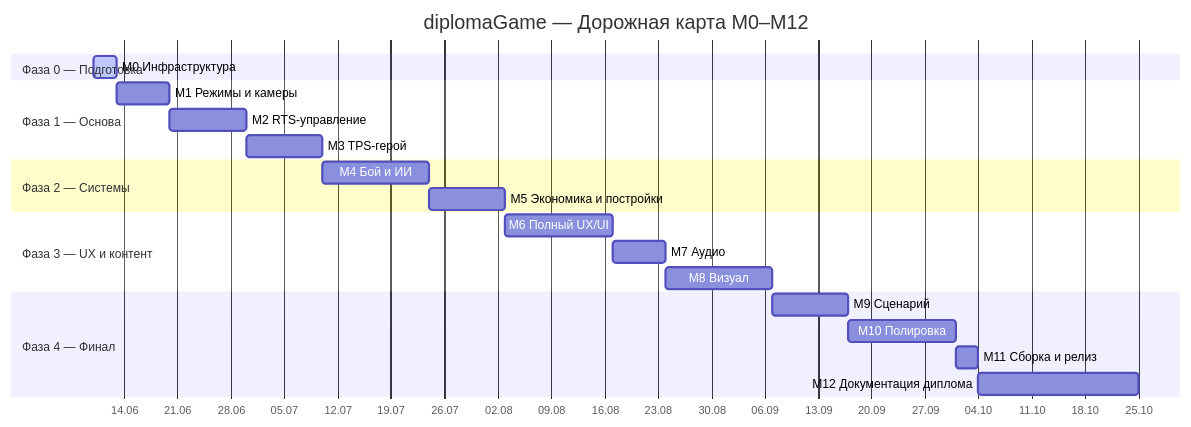
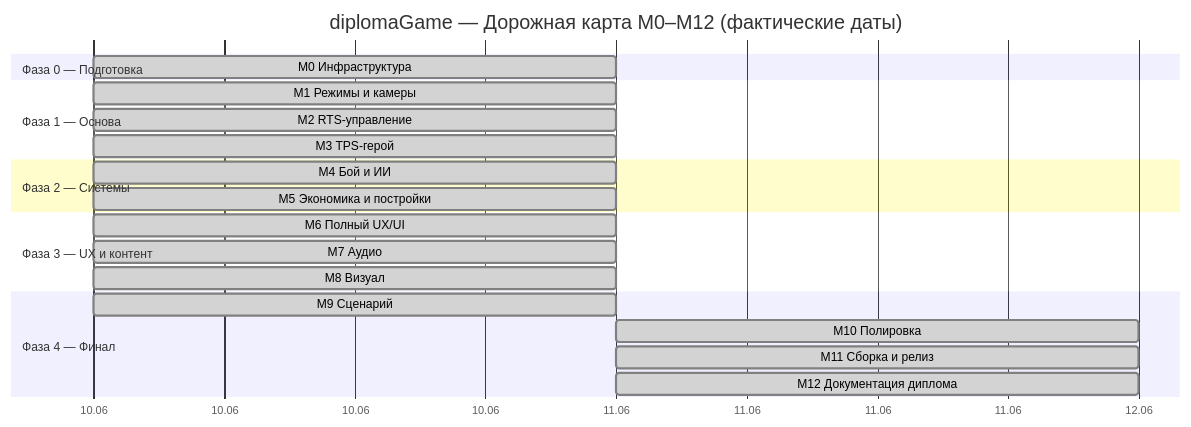
Before and after one commit to arcsymer/diplomaGame: the diagram in Docs-Vault/03 - Roadmap.md, drawn with Mermaid. The commit also changed other lines of this file and 6 other files, not shown here.

````diff
--- a/Docs-Vault/03 - Roadmap.md
+++ b/Docs-Vault/03 - Roadmap.md
@@ -9,29 +9,29 @@
 ```mermaid
 gantt
-    title diplomaGame — Дорожная карта M0–M12
+    title diplomaGame — Дорожная карта M0–M12 (фактические даты)
     dateFormat  YYYY-MM-DD
     axisFormat  %d.%m
 
     section Фаза 0 — Подготовка
-    M0 Инфраструктура           :active, m0, 2026-06-10, 3d
+    M0 Инфраструктура           :done, m0, 2026-06-10, 1d
 
     section Фаза 1 — Основа
-    M1 Режимы и камеры          :m1, after m0, 7d
-    M2 RTS-управление           :m2, after m1, 10d
-    M3 TPS-герой                :m3, after m2, 10d
+    M1 Режимы и камеры          :done, m1, 2026-06-10, 1d
+    M2 RTS-управление           :done, m2, 2026-06-10, 1d
+    M3 TPS-герой                :done, m3, 2026-06-10, 1d
 
     section Фаза 2 — Системы
-    M4 Бой и ИИ                 :m4, after m3, 14d
-    M5 Экономика и постройки    :m5, after m4, 10d
+    M4 Бой и ИИ                 :done, m4, 2026-06-10, 1d
+    M5 Экономика и постройки    :done, m5, 2026-06-10, 1d
 
     section Фаза 3 — UX и контент
-    M6 Полный UX/UI             :m6, after m5, 14d
-    M7 Аудио                    :m7, after m6, 7d
-    M8 Визуал                   :m8, after m7, 14d
+    M6 Полный UX/UI             :done, m6, 2026-06-10, 1d
+    M7 Аудио                    :done, m7, 2026-06-10, 1d
+    M8 Визуал                   :done, m8, 2026-06-10, 1d
 
     section Фаза 4 — Финал
-    M9 Сценарий                 :m9, after m8, 10d
-    M10 Полировка               :m10, after m9, 14d
-    M11 Сборка и релиз          :m11, after m10, 3d
-    M12 Документация диплома    :m12, after m11, 21d
+    M9 Сценарий                 :done, m9, 2026-06-10, 1d
+    M10 Полировка               :done, m10, 2026-06-11, 1d
+    M11 Сборка и релиз          :done, m11, 2026-06-11, 1d
+    M12 Документация диплома    :done, m12, 2026-06-11, 1d
 ```
````
